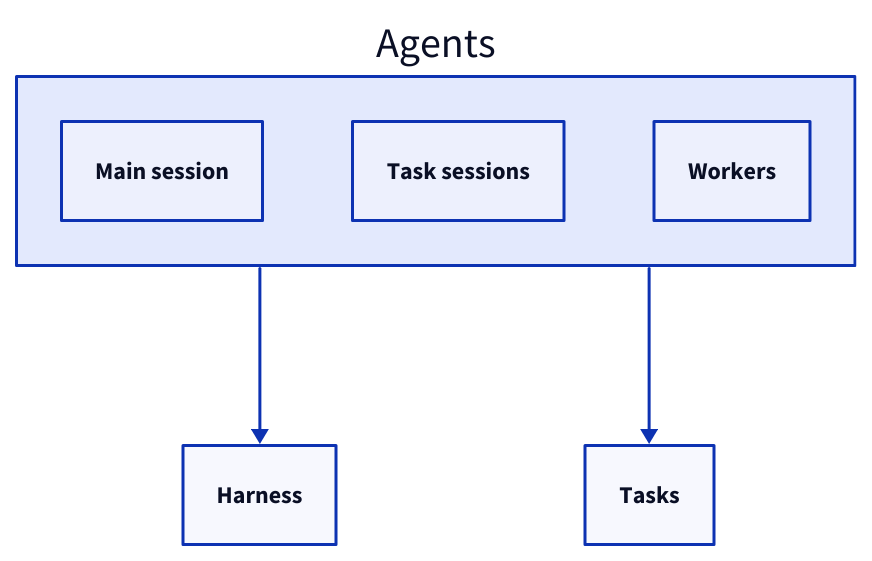
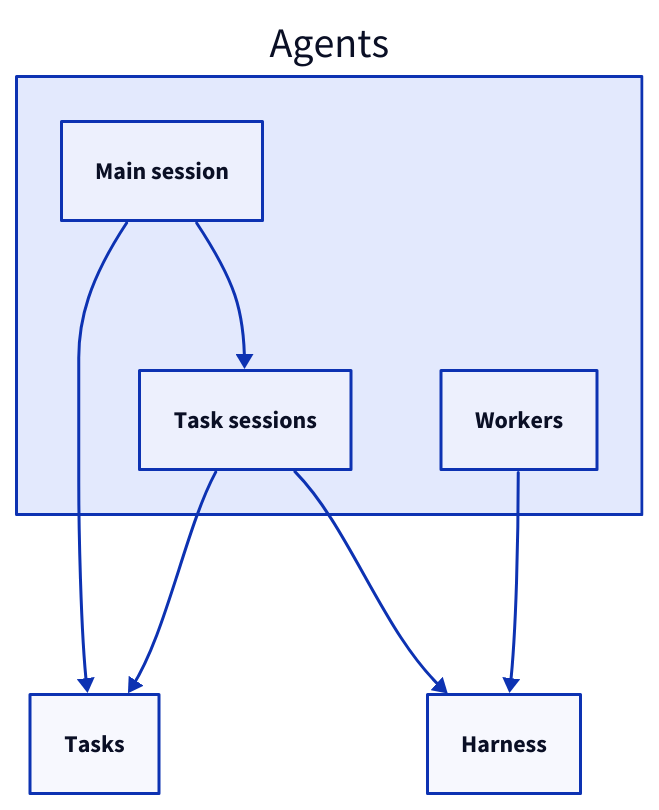
Before and after one commit to FTOD/concorde: the diagram in specs/concorde/agents/module.md, drawn with D2. The commit also changed other lines of this file and 1 other file, not shown here.

First line of the commit message:
Specs: restate Concorde as five levels with agents at both ends

````diff
--- a/specs/concorde/agents/module.md
+++ b/specs/concorde/agents/module.md
@@ -106,11 +114,14 @@
 ```d2
 agents: Agents {
-  mainsession: Main session
-  tasksession: Task sessions
+  main: Main session
+  task: Task sessions
   workers: Workers
+  main -> task
 }
+tasks: Tasks
 harness: Harness
-tasks: Tasks
-agents -> harness
-agents -> tasks
+agents.main -> tasks
+agents.task -> tasks
+agents.task -> harness
+agents.workers -> harness
 ```
````
